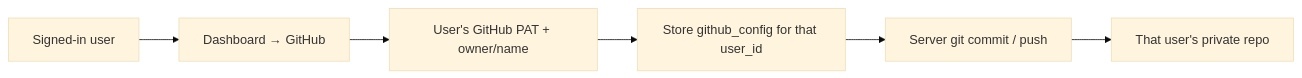
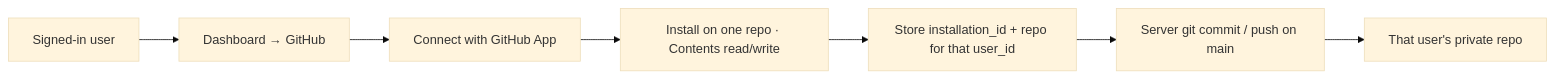
One commit to shangeethsivan/Syncidian changed the fourth of 7 diagrams in README.md. Above: the diagram before and after it, drawn with Mermaid (base theme). The commit also changed other lines of this file and 13 other files, not shown here.

First line of the commit message:
Connect GitHub with an App instead of personal access tokens

````diff
--- a/README.md
+++ b/README.md
@@ -351,8 +353,9 @@
 ```mermaid
 flowchart LR
   User["Signed-in user"] --> Dash["Dashboard → GitHub"]
-  Dash --> PAT["User's GitHub PAT + owner/name"]
-  PAT --> Map["Store github_config for that user_id"]
-  Map --> Git["Server git commit / push"]
+  Dash --> App["Connect with GitHub App"]
+  App --> Install["Install on one repo · Contents read/write"]
+  Install --> Map["Store installation_id + repo for that user_id"]
+  Map --> Git["Server git commit / push on main"]
   Git --> Repo["That user's private repo"]
 ```
````
